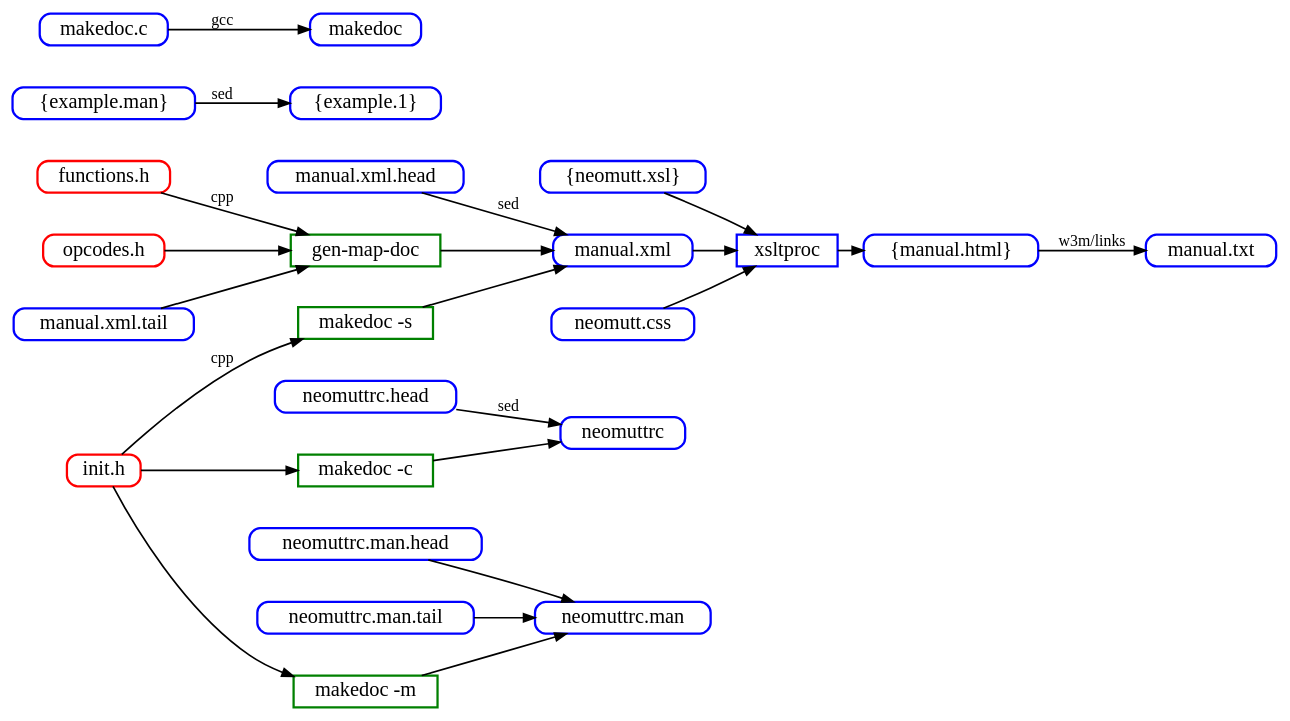
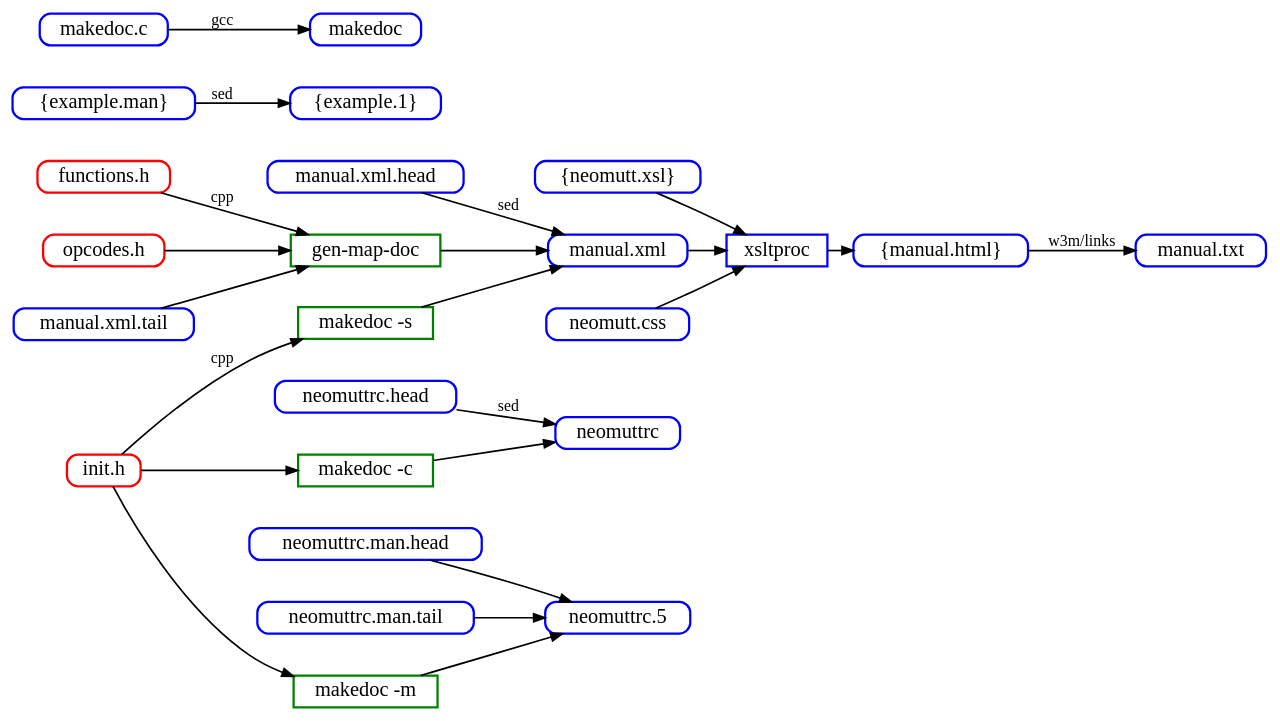
Before and after one commit to neomutt/neomutt.github.io: the diagram in _dev/make-docs.gv, drawn with Graphviz. The commit also changed 1 other file, not shown here.

```diff
--- a/_dev/make-docs.gv
+++ b/_dev/make-docs.gv
@@ -1,77 +1,77 @@
 digraph build {
 	graph [
 		rankdir="LR"
 		nodesep="0.5"
 		ranksep="0.3"
 	];
 
 	node [
 		shape="Mrecord"
 		style="solid"
 		height="0.2"
 		penwidth="2.0"
 		color="blue"
 		fontcolor="black"
 		fontsize="18"
 	];
 
 	edge [
 		penwidth="1.5"
 		color="#000000"
 		arrowsize="1.0"
 	];
 
 
 	functions_h      [ label="functions.h" color="red" ]
 	opcodes          [ label="opcodes.h"   color="red" ]
 	init_h           [ label="init.h"      color="red" ]
 
 	lots_1             [ label="\{example.1\}"         ]
 	lots_man           [ label="\{example.man\}"       ]
 	lots_xsl           [ label="\{neomutt.xsl\}"       ]
 	makedoc_src        [ label="makedoc.c"             ]
 	manual_html        [ label="\{manual.html\}"       ]
 	manual_txt         [ label="manual.txt"            ]
 	manual_xml         [ label="manual.xml"            ]
 	manual_xml_head    [ label="manual.xml.head"       ]
 	manual_xml_tail    [ label="manual.xml.tail"       ]
 	neomuttrc          [ label="neomuttrc"             ]
 	neomuttrc_head     [ label="neomuttrc.head"        ]
-	neomuttrc_man      [ label="neomuttrc.man"         ]
+	neomuttrc_man      [ label="neomuttrc.5"           ]
 	neomuttrc_man_head [ label="neomuttrc.man.head"    ]
 	neomuttrc_man_tail [ label="neomuttrc.man.tail"    ]
 	neomutt_css        [ label="neomutt.css"           ]
 
 	gen_map_doc   [ label="gen-map-doc" color="green" shape="box" ]
 	makedoc_c     [ label="makedoc -c" color="green" shape="box" ]
 	makedoc_m     [ label="makedoc -m" color="green" shape="box" ]
 	makedoc_s     [ label="makedoc -s" color="green" shape="box" ]
 	xsltproc      [ label="xsltproc" shape="box" ]
 
 	lots_man -> lots_1 [ label="sed" ]
 
 	manual_xml  -> xsltproc
 	lots_xsl    -> xsltproc
 	neomutt_css -> xsltproc
 	xsltproc    -> manual_html
 	manual_html -> manual_txt [ label="w3m/links" ]
 
 	init_h             -> makedoc_m
 	neomuttrc_man_head -> neomuttrc_man
 	makedoc_m          -> neomuttrc_man
 	neomuttrc_man_tail -> neomuttrc_man
 
 	neomuttrc_head -> neomuttrc [ label="sed" ]
 	init_h         -> makedoc_c
 	makedoc_c      -> neomuttrc
 
 	makedoc_src     -> makedoc    [ label="gcc" ]
 	manual_xml_head -> manual_xml [ label="sed" ]
 
 	manual_xml_tail -> gen_map_doc
 	opcodes         -> gen_map_doc
 	gen_map_doc     -> manual_xml
 	init_h          -> makedoc_s [ label="cpp" ]
 	makedoc_s       -> manual_xml
 	functions_h     -> gen_map_doc [ label="cpp" ]
 }
```
